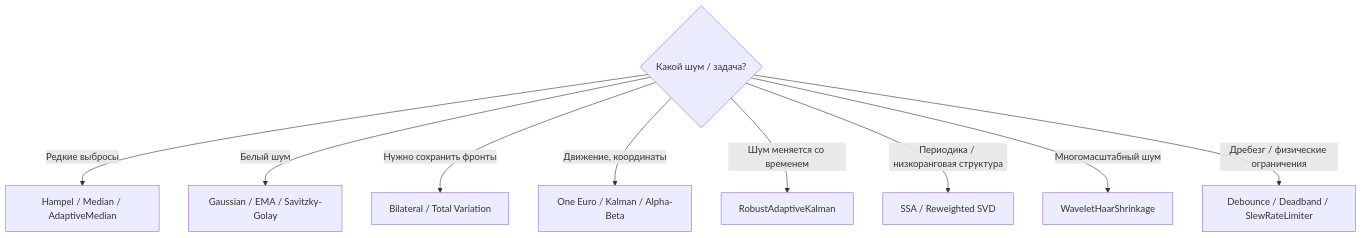
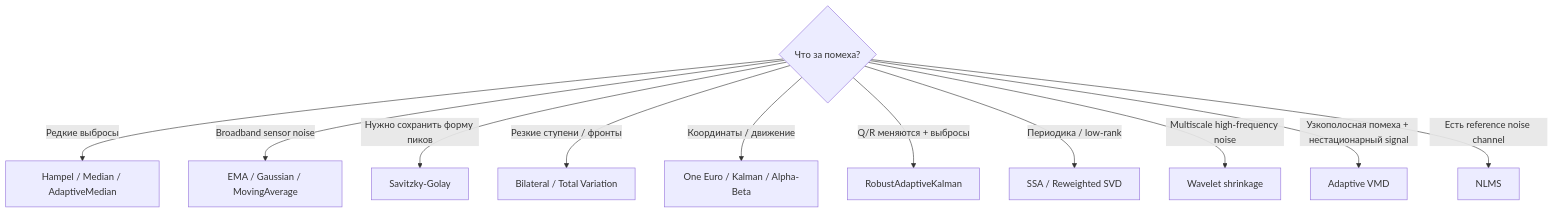
The diagram in README.md (Mika-dot/Noise-filters), drawn with Mermaid before and after one commit. The commit also changed other lines of this file, not shown here.

````diff
--- a/README.md
+++ b/README.md
@@ -25,11 +26,14 @@
 ```mermaid
 flowchart TD
-    A{"Какой шум / задача?"} -->|"Редкие выбросы"| B["Hampel / Median / AdaptiveMedian"]
-    A -->|"Белый шум"| C["Gaussian / EMA / Savitzky-Golay"]
-    A -->|"Нужно сохранить фронты"| D["Bilateral / Total Variation"]
-    A -->|"Движение, координаты"| E["One Euro / Kalman / Alpha-Beta"]
-    A -->|"Шум меняется со временем"| F["RobustAdaptiveKalman"]
-    A -->|"Периодика / низкоранговая структура"| G["SSA / Reweighted SVD"]
-    A -->|"Многомасштабный шум"| H["WaveletHaarShrinkage"]
-    A -->|"Дребезг / физические ограничения"| I["Debounce / Deadband / SlewRateLimiter"]
+    A{"Что за помеха?"}
+    A -->|"Редкие выбросы"| B["Hampel / Median / AdaptiveMedian"]
+    A -->|"Broadband sensor noise"| C["EMA / Gaussian / MovingAverage"]
+    A -->|"Нужно сохранить форму пиков"| D["Savitzky-Golay"]
+    A -->|"Резкие ступени / фронты"| E["Bilateral / Total Variation"]
+    A -->|"Координаты / движение"| F["One Euro / Kalman / Alpha-Beta"]
+    A -->|"Q/R меняются + выбросы"| G["RobustAdaptiveKalman"]
+    A -->|"Периодика / low-rank"| H["SSA / Reweighted SVD"]
+    A -->|"Multiscale high-frequency noise"| I["Wavelet shrinkage"]
+    A -->|"Узкополосная помеха + нестационарный signal"| J["Adaptive VMD"]
+    A -->|"Есть reference noise channel"| K["NLMS"]
 ```
````
